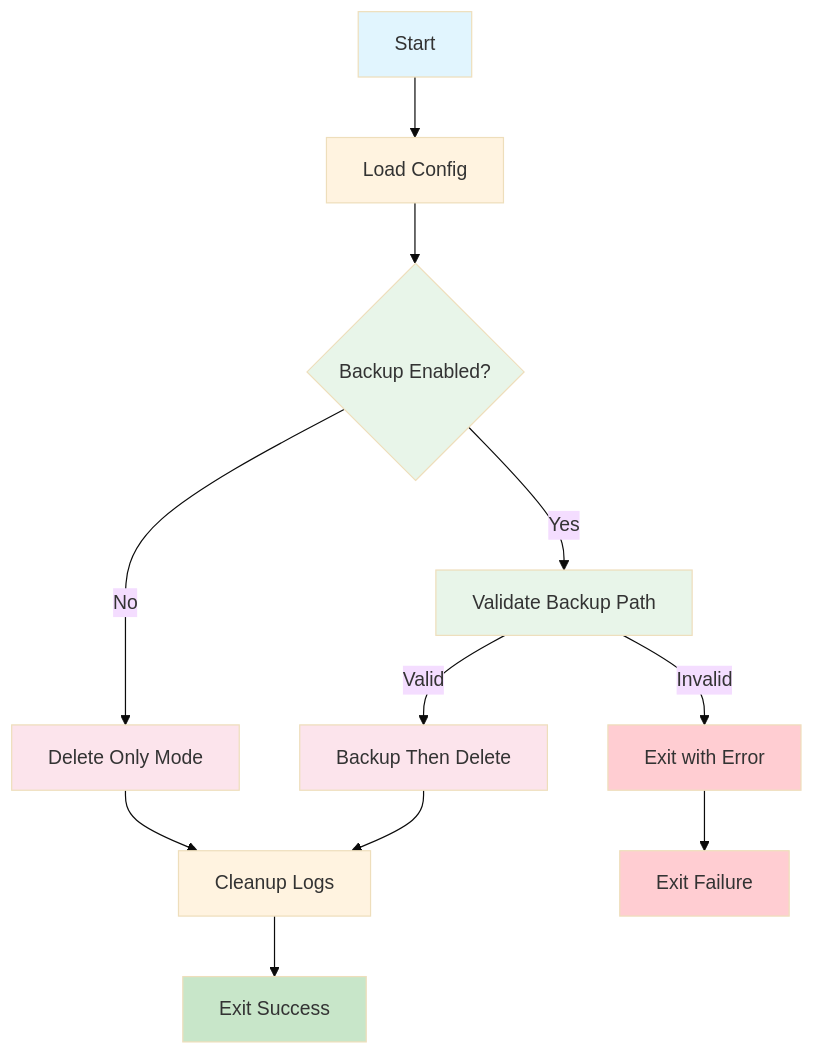
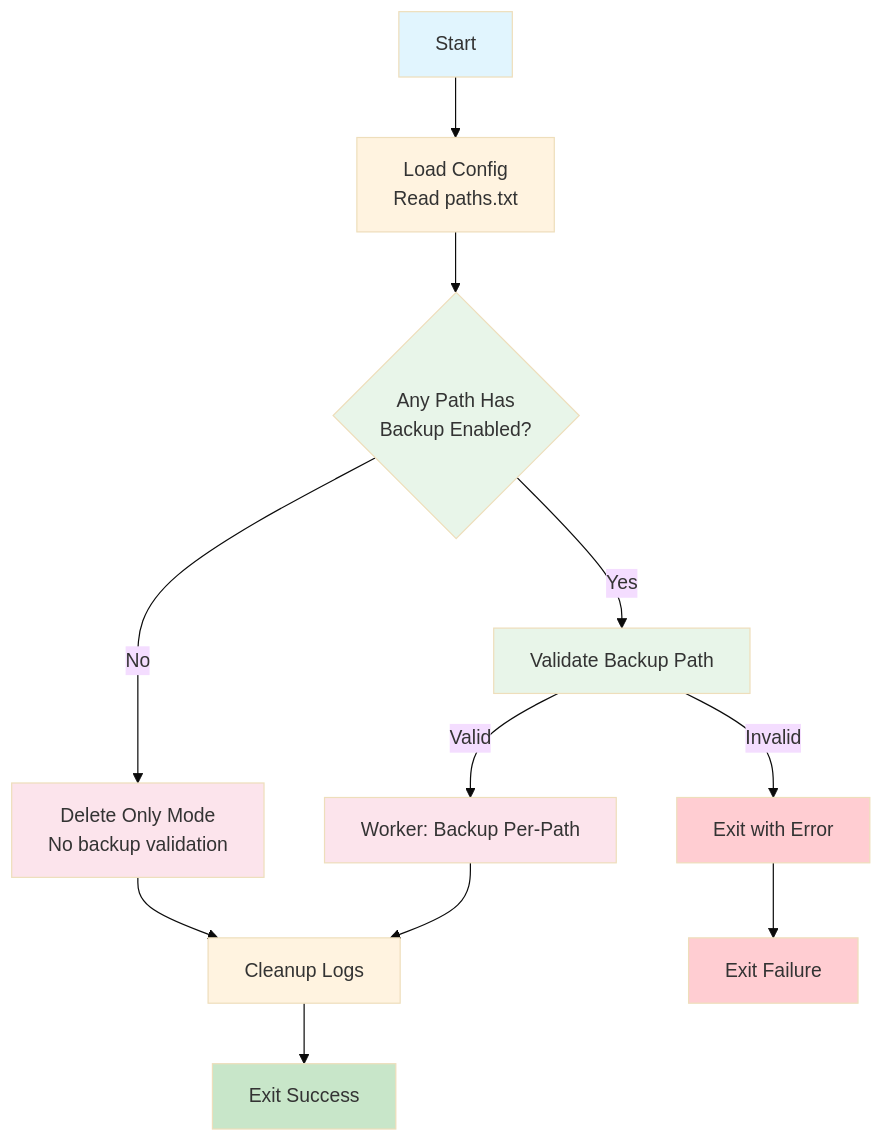
One commit to theweak1/file-maintenance changed the diagram in docs/diagrams/execution-flow-high-level.md. Above: the diagram before and after it, drawn with Mermaid (base theme). The commit also changed 8 other files, not shown here.

Commit message:
feat: implement per-path backup control

````diff
--- a/docs/diagrams/execution-flow-high-level.md
+++ b/docs/diagrams/execution-flow-high-level.md
@@ -1,28 +1,28 @@
 ```mermaid
 flowchart TD
-    A[Start] --> B[Load Config]
-    B --> C{Backup Enabled?}
-    C -->|No| D[Delete Only Mode]
+    A[Start] --> B[Load Config<br/>Read paths.txt]
+    B --> C{Any Path Has<br/>Backup Enabled?}
+    C -->|No| D[Delete Only Mode<br/>No backup validation]
     C -->|Yes| E[Validate Backup Path]
-    E -->|Valid| F[Backup Then Delete]
+    E -->|Valid| F[Worker: Backup Per-Path]
     E -->|Invalid| G[Exit with Error]
     
     D --> H[Cleanup Logs]
     F --> H
     
     H --> I[Exit Success]
     G --> J[Exit Failure]
 
     %% Styling
     style A fill:#e1f5fe
     style B fill:#fff3e0
     style C fill:#e8f5e9
     style D fill:#fce4ec
     style E fill:#e8f5e9
     style F fill:#fce4ec
     style G fill:#ffcdd2
     style H fill:#fff3e0
     style I fill:#c8e6c9
     style J fill:#ffcdd2
 
 ```
````
